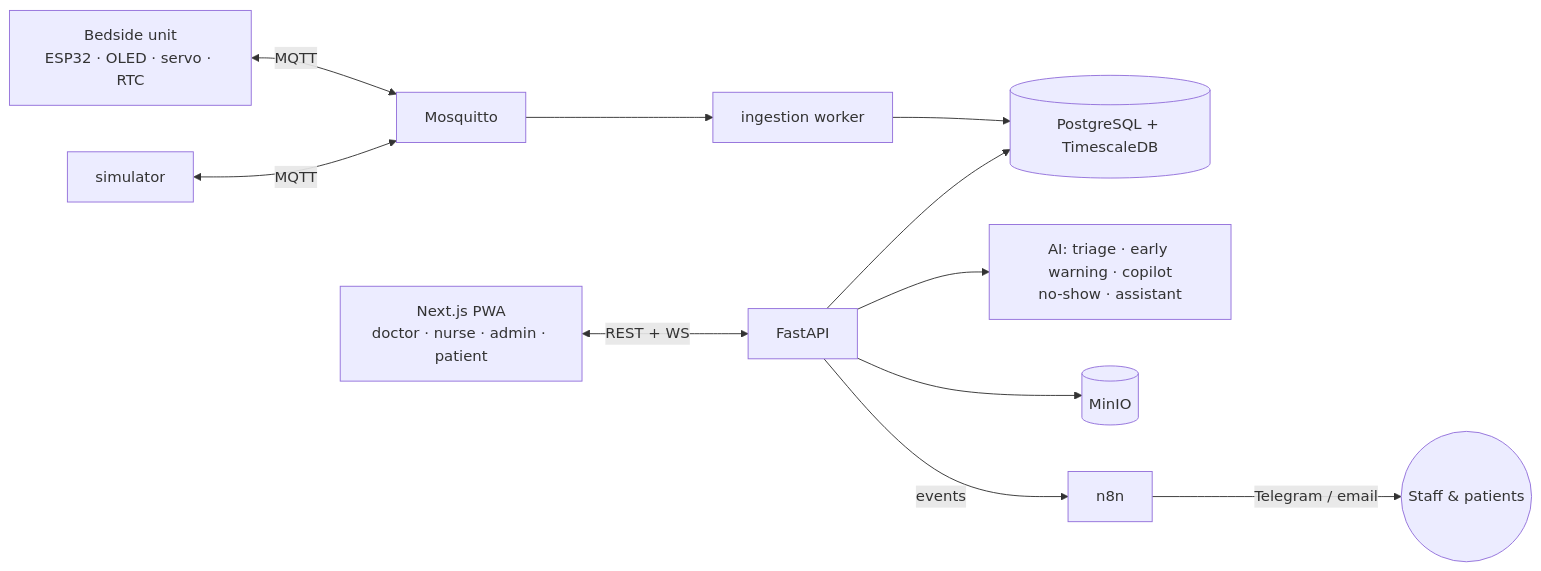
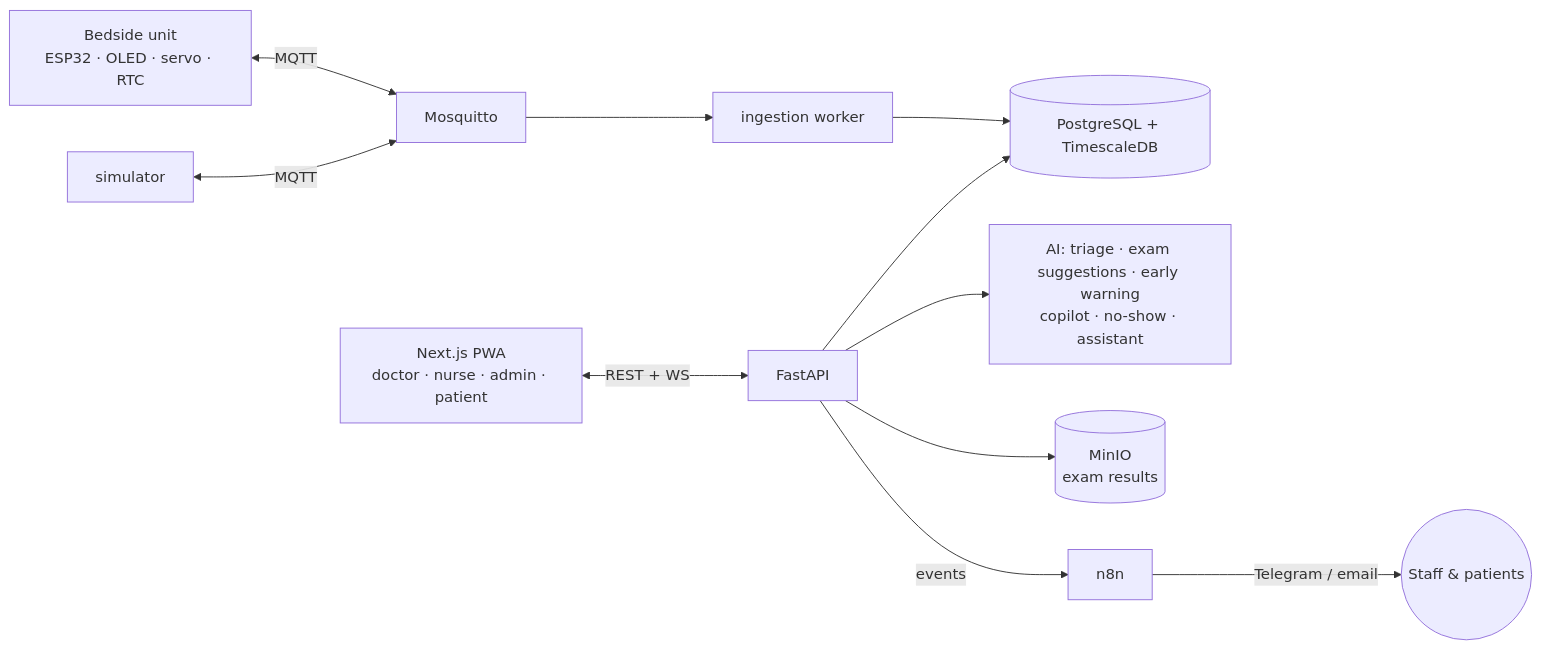
Before and after one commit to Faouzi-Blibech/smarty-hospital-: the diagram in README.md, drawn with Mermaid. The commit also changed other lines of this file and 1 other file, not shown here.

Commit message:
docs: README and architecture for the single-visit pathway, AI routes and current status

````diff
--- a/README.md
+++ b/README.md
@@ -33,12 +45,12 @@
 ```mermaid
 flowchart LR
   BSU["Bedside unit<br/>ESP32 · OLED · servo · RTC"] <-->|MQTT| MQ[Mosquitto]
   SIM[simulator] <-->|MQTT| MQ
   MQ --> W[ingestion worker]
   W --> DB[("PostgreSQL + TimescaleDB")]
   PWA["Next.js PWA<br/>doctor · nurse · admin · patient"] <-->|REST + WS| API[FastAPI]
   API --> DB
-  API --> AI["AI: triage · early warning · copilot<br/>no-show · assistant"]
-  API --> S3[(MinIO)]
+  API --> AI["AI: triage · exam suggestions · early warning<br/>copilot · no-show · assistant"]
+  API --> S3[("MinIO<br/>exam results")]
   API -->|events| N8N[n8n] -->|Telegram / email| People((Staff & patients))
 ```
````
